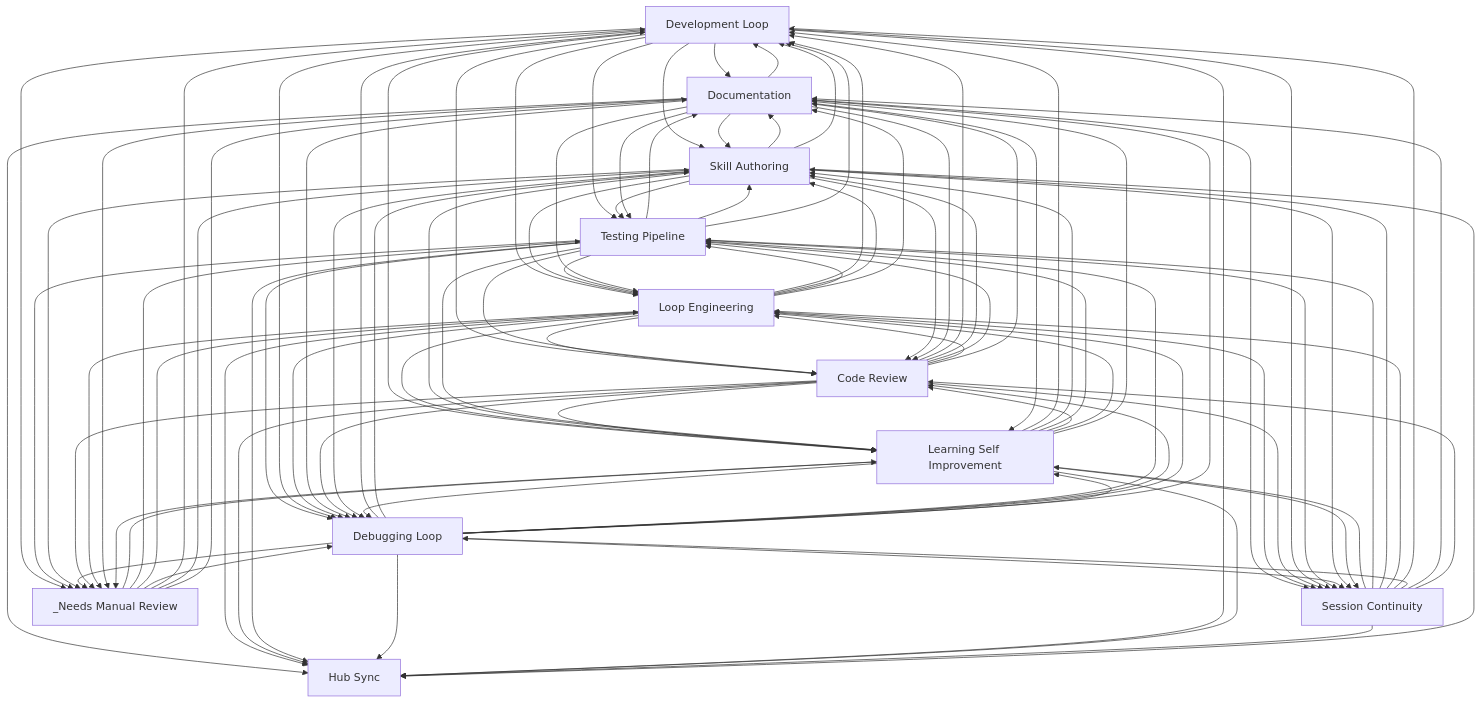
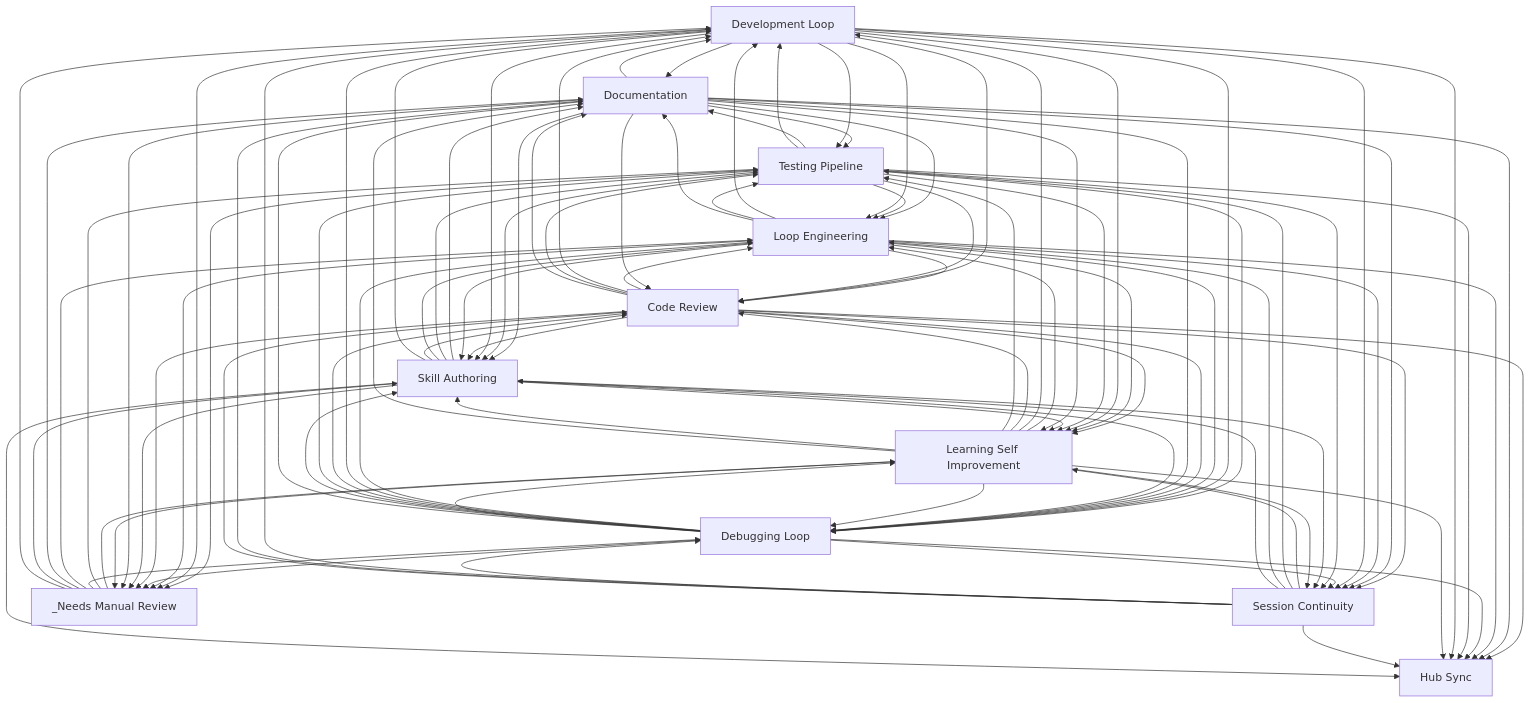
The diagram in docs/workflows/INDEX.md (abhayla/claude-best-practices), drawn with Mermaid before and after one commit. The commit also changed other lines of this file and 14 other files, not shown here.

```diff
--- a/docs/workflows/INDEX.md
+++ b/docs/workflows/INDEX.md
@@ -33,99 +33,99 @@
     documentation[Documentation]
     hub_sync[Hub Sync]
     _needs_manual_review[_Needs Manual Review]
+    testing_pipeline --> documentation
+    skill_authoring --> documentation
     development_loop --> documentation
-    skill_authoring --> documentation
-    testing_pipeline --> documentation
-    development_loop --> skill_authoring
+    documentation --> testing_pipeline
+    documentation --> loop_engineering
+    documentation --> skill_authoring
+    testing_pipeline --> loop_engineering
+    testing_pipeline --> skill_authoring
+    skill_authoring --> testing_pipeline
+    skill_authoring --> loop_engineering
     development_loop --> testing_pipeline
     development_loop --> loop_engineering
-    skill_authoring --> testing_pipeline
-    skill_authoring --> loop_engineering
-    testing_pipeline --> skill_authoring
-    testing_pipeline --> loop_engineering
-    documentation --> skill_authoring
-    documentation --> testing_pipeline
-    documentation --> loop_engineering
+    development_loop --> skill_authoring
+    code_review --> loop_engineering
+    code_review --> development_loop
+    code_review --> testing_pipeline
+    code_review --> skill_authoring
+    loop_engineering --> development_loop
+    loop_engineering --> code_review
+    loop_engineering --> testing_pipeline
+    loop_engineering --> skill_authoring
     development_loop --> code_review
-    loop_engineering --> development_loop
-    loop_engineering --> skill_authoring
-    loop_engineering --> testing_pipeline
-    loop_engineering --> code_review
-    code_review --> development_loop
-    code_review --> skill_authoring
-    code_review --> testing_pipeline
-    code_review --> loop_engineering
+    code_review --> learning_self_improvement
+    loop_engineering --> learning_self_improvement
     development_loop --> learning_self_improvement
-    loop_engineering --> learning_self_improvement
-    code_review --> learning_self_improvement
     testing_pipeline --> development_loop
     testing_pipeline --> debugging_loop
     testing_pipeline --> code_review
+    debugging_loop --> loop_engineering
     debugging_loop --> development_loop
+    debugging_loop --> code_review
+    debugging_loop --> testing_pipeline
     debugging_loop --> skill_authoring
-    debugging_loop --> testing_pipeline
-    debugging_loop --> code_review
-    debugging_loop --> loop_engineering
     development_loop --> debugging_loop
     documentation --> development_loop
     loop_engineering --> debugging_loop
     loop_engineering --> documentation
+    skill_authoring --> code_review
     skill_authoring --> development_loop
-    skill_authoring --> code_review
+    testing_pipeline --> learning_self_improvement
     skill_authoring --> learning_self_improvement
-    testing_pipeline --> learning_self_improvement
+    testing_pipeline --> _needs_manual_review
     development_loop --> _needs_manual_review
-    testing_pipeline --> _needs_manual_review
+    code_review --> debugging_loop
     documentation --> debugging_loop
     documentation --> code_review
-    code_review --> debugging_loop
+    code_review --> hub_sync
+    code_review --> documentation
+    code_review --> session_continuity
     documentation --> hub_sync
+    documentation --> learning_self_improvement
     documentation --> session_continuity
-    documentation --> learning_self_improvement
     loop_engineering --> hub_sync
     loop_engineering --> session_continuity
-    code_review --> documentation
-    code_review --> hub_sync
-    code_review --> session_continuity
-    development_loop --> session_continuity
     session_continuity --> learning_self_improvement
     session_continuity --> testing_pipeline
+    development_loop --> session_continuity
     _needs_manual_review --> learning_self_improvement
     _needs_manual_review --> testing_pipeline
+    debugging_loop --> learning_self_improvement
+    debugging_loop --> session_continuity
     testing_pipeline --> session_continuity
-    debugging_loop --> session_continuity
-    debugging_loop --> learning_self_improvement
+    debugging_loop --> hub_sync
+    debugging_loop --> documentation
     testing_pipeline --> hub_sync
-    debugging_loop --> documentation
-    debugging_loop --> hub_sync
     development_loop --> hub_sync
     skill_authoring --> session_continuity
     skill_authoring --> debugging_loop
+    _needs_manual_review --> debugging_loop
     _needs_manual_review --> loop_engineering
-    _needs_manual_review --> debugging_loop
+    learning_self_improvement --> loop_engineering
     learning_self_improvement --> development_loop
-    learning_self_improvement --> skill_authoring
-    learning_self_improvement --> testing_pipeline
     learning_self_improvement --> debugging_loop
     learning_self_improvement --> code_review
-    learning_self_improvement --> loop_engineering
-    skill_authoring --> _needs_manual_review
+    learning_self_improvement --> testing_pipeline
+    learning_self_improvement --> skill_authoring
+    loop_engineering --> _needs_manual_review
     debugging_loop --> _needs_manual_review
     code_review --> _needs_manual_review
-    loop_engineering --> _needs_manual_review
+    skill_authoring --> _needs_manual_review
+    _needs_manual_review --> documentation
+    _needs_manual_review --> skill_authoring
     _needs_manual_review --> development_loop
-    _needs_manual_review --> skill_authoring
-    _needs_manual_review --> documentation
     learning_self_improvement --> session_continuity
     documentation --> _needs_manual_review
+    session_continuity --> loop_engineering
     session_continuity --> skill_authoring
-    session_continuity --> loop_engineering
+    learning_self_improvement --> hub_sync
     learning_self_improvement --> documentation
-    learning_self_improvement --> hub_sync
     session_continuity --> development_loop
     session_continuity --> debugging_loop
+    session_continuity --> hub_sync
     session_continuity --> documentation
-    session_continuity --> hub_sync
     session_continuity --> code_review
     skill_authoring --> hub_sync
     learning_self_improvement --> _needs_manual_review
```
